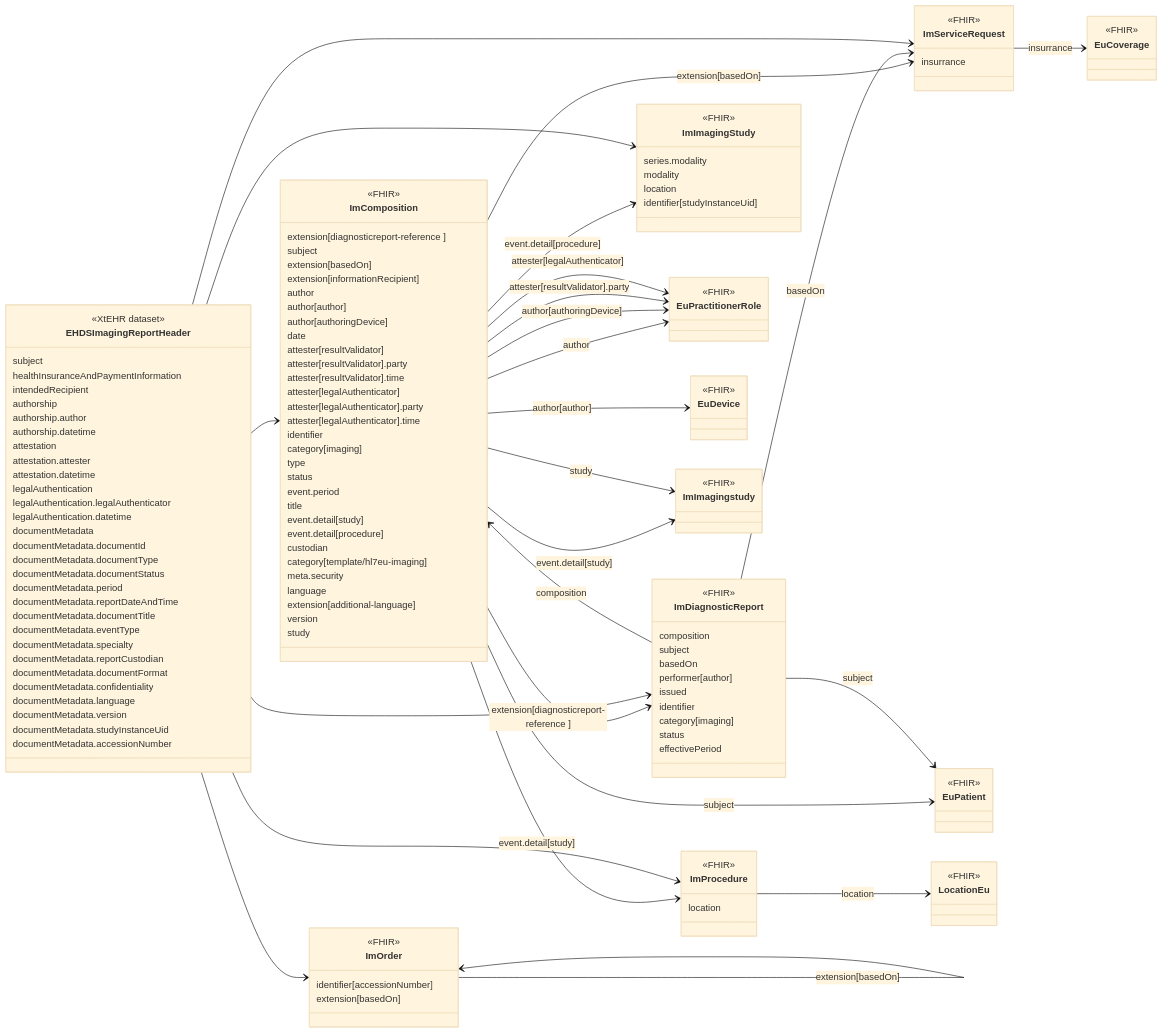
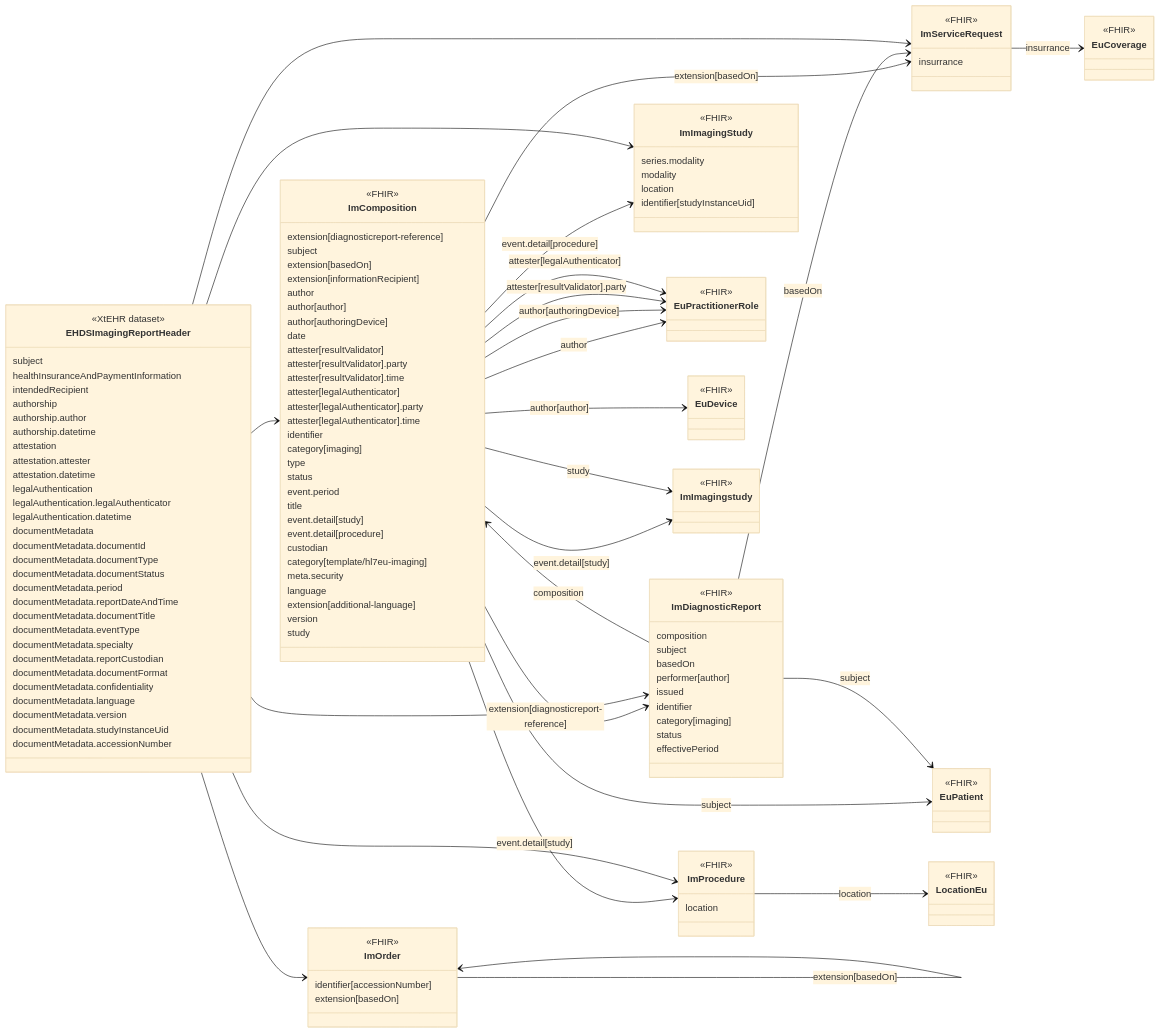
One commit to oijauregui/ehdsimaging changed the diagram in new/input/intro-notes/ConceptMap-EHDSImagingReportHeaderMap-intro.md. Above: the diagram before and after it, drawn with Mermaid (base theme). The commit also changed 149 other files, not shown here.

```diff
--- a/new/input/intro-notes/ConceptMap-EHDSImagingReportHeaderMap-intro.md
+++ b/new/input/intro-notes/ConceptMap-EHDSImagingReportHeaderMap-intro.md
@@ -39,7 +39,7 @@
 link EHDSImagingReportHeader "https://build.fhir.org/ig/Xt-EHR/xt-ehr-common/StructureDefinition-EHDSImagingReportHeader.html"
 class ImComposition{
   <<FHIR>>
-  extension[diagnosticreport-reference ]
+  extension[diagnosticreport-reference]
   subject
   extension[basedOn]
   extension[informationRecipient]
@@ -144,7 +144,7 @@
   <<FHIR>>
 }
 EHDSImagingReportHeader --> ImComposition
-ImComposition --> ImDiagnosticReport : extension[diagnosticreport-reference ]
+ImComposition --> ImDiagnosticReport : extension[diagnosticreport-reference]
 ImComposition --> EuPatient : subject
 ImComposition --> ImServiceRequest : extension[basedOn]
 ImComposition --> EuPractitionerRole : author
```
